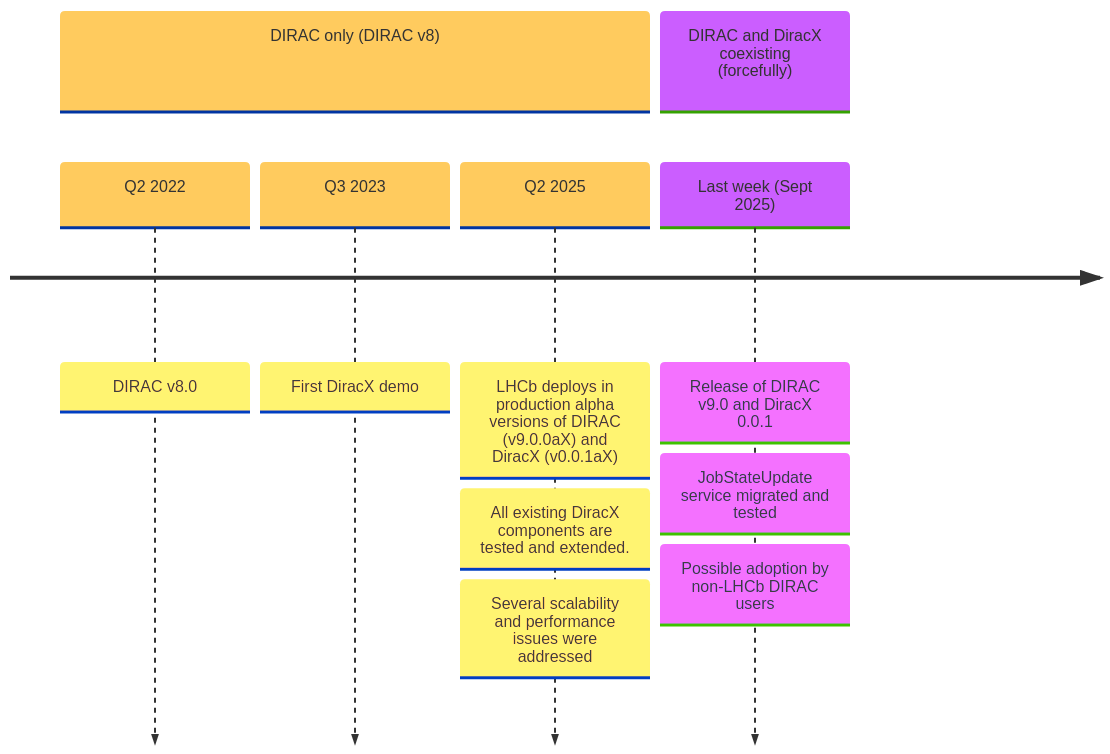
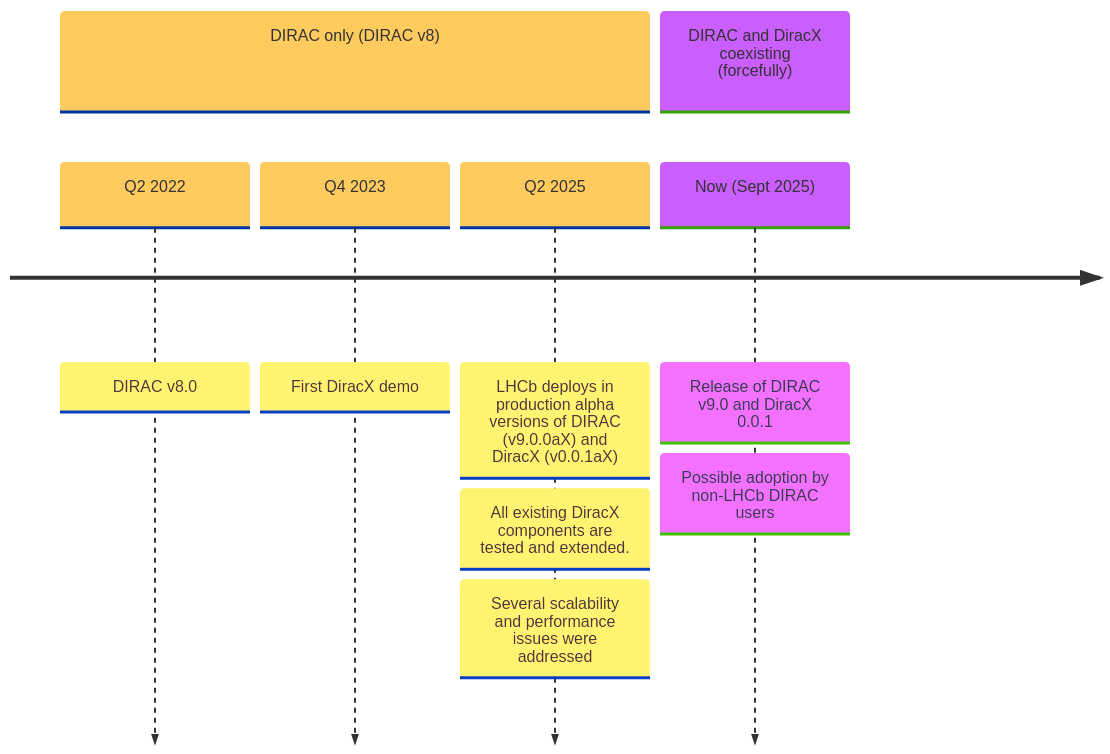
Before and after one commit to fstagni/2025_DUW_main: the first of 5 diagrams in slides.md, drawn with Mermaid. The commit also changed other lines of this file, not shown here.

````diff
--- a/slides.md
+++ b/slides.md
@@ -44,14 +54,13 @@
 ```mermaid {scale:0.5}
 %%{init: { 'logLevel': 'debug', 'theme': 'base', 'timeline': {'disableMulticolor': true}}}%%
     timeline
         section DIRAC only (DIRAC v8)
             Q2 2022 : DIRAC v8.0
-            Q3 2023 : First DiracX demo
+            Q4 2023 : First DiracX demo
             Q2 2025 : LHCb deploys in production alpha versions of DIRAC (v9.0.0aX) and DiracX (v0.0.1aX)
                     : All existing DiracX components are tested and extended.
                     : Several scalability and performance issues were addressed
         section DIRAC and DiracX coexisting (forcefully)
-            Last week (Sept 2025) : Release of DIRAC v9.0 and DiracX 0.0.1
-                                  : JobStateUpdate service migrated and tested
-                                  : Possible adoption by non-LHCb DIRAC users
+            Now (Sept 2025) : Release of DIRAC v9.0 and DiracX 0.0.1
+                            : Possible adoption by non-LHCb DIRAC users
 ```
````
